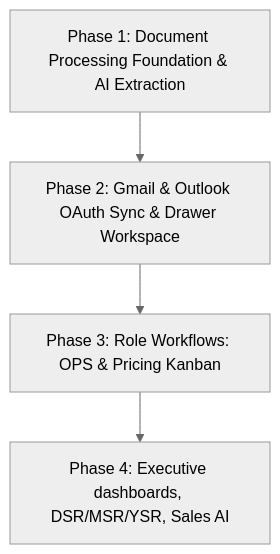
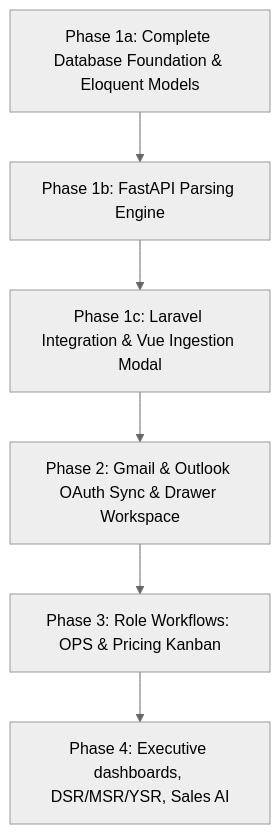
Before and after one commit to joseph42nite/f16sefreight: the first of 5 diagrams in future_plan.md, drawn with Mermaid (neutral theme). The commit also changed other lines of this file and 10 other files, not shown here.

````diff
--- a/future_plan.md
+++ b/future_plan.md
@@ -27,6 +147,8 @@
 ```mermaid
 graph TD
-    P1[Phase 1: Document Processing Foundation & AI Extraction] --> P2[Phase 2: Gmail & Outlook OAuth Sync & Drawer Workspace]
+    P1a[Phase 1a: Complete Database Foundation & Eloquent Models] --> P1b[Phase 1b: FastAPI Parsing Engine]
+    P1b --> P1c[Phase 1c: Laravel Integration & Vue Ingestion Modal]
+    P1c --> P2[Phase 2: Gmail & Outlook OAuth Sync & Drawer Workspace]
     P2 --> P3[Phase 3: Role Workflows: OPS & Pricing Kanban]
     P3 --> P4[Phase 4: Executive dashboards, DSR/MSR/YSR, Sales AI]
 ```
````
